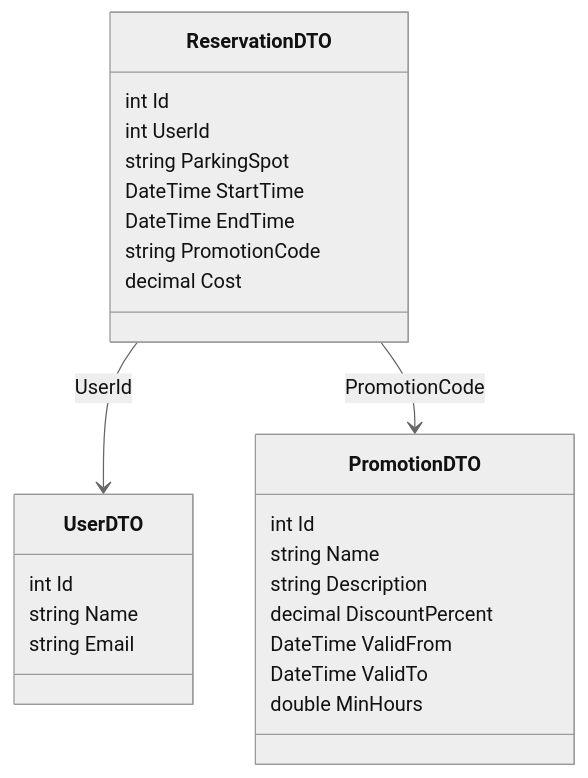
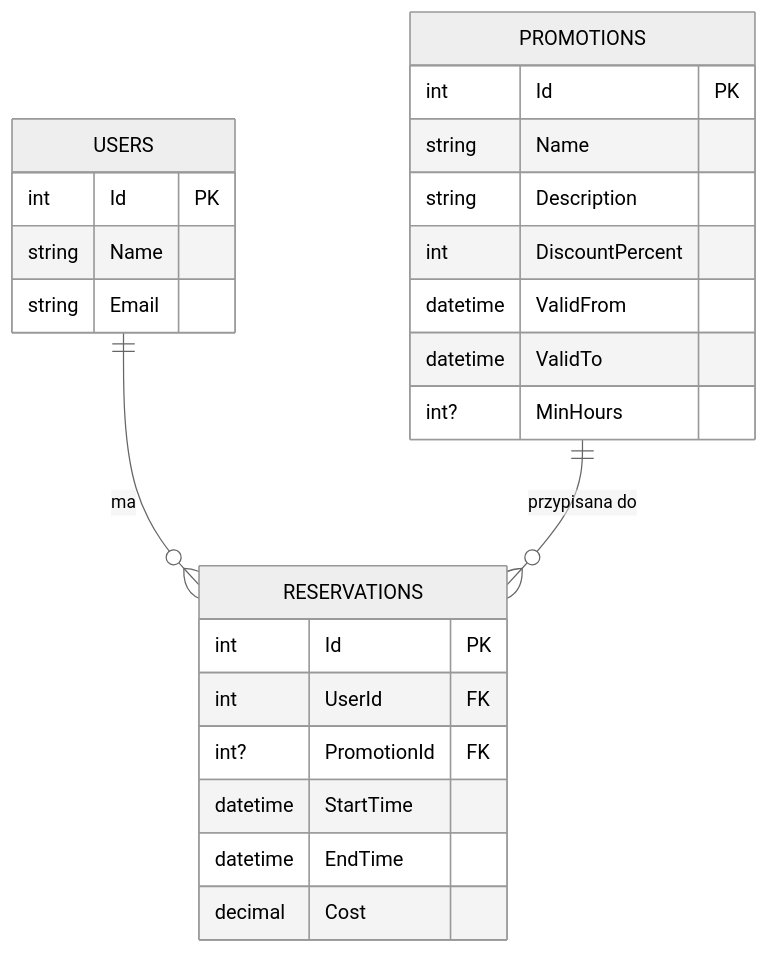
Before and after one commit to Krzysztof-Jaminski/System-Parkingowy-MicroServicesv2: the first of 3 diagrams in README.md, drawn with Mermaid (neutral theme). The commit also changed other lines of this file, not shown here.

````diff
--- a/README.md
+++ b/README.md
@@ -80,28 +48,27 @@
 ```mermaid
-classDiagram
-  class UserDTO {
-    int Id
+erDiagram
+  USERS {
+    int Id PK
     string Name
     string Email
   }
-  class PromotionDTO {
-    int Id
+  PROMOTIONS {
+    int Id PK
     string Name
     string Description
-    decimal DiscountPercent
-    DateTime ValidFrom
-    DateTime ValidTo
-    double MinHours
+    int DiscountPercent
+    datetime ValidFrom
+    datetime ValidTo
+    int? MinHours
   }
-  class ReservationDTO {
-    int Id
-    int UserId
-    string ParkingSpot
-    DateTime StartTime
-    DateTime EndTime
-    string PromotionCode
+  RESERVATIONS {
+    int Id PK
+    int UserId FK
+    int? PromotionId FK
+    datetime StartTime
+    datetime EndTime
     decimal Cost
   }
-  ReservationDTO --> UserDTO : UserId
-  ReservationDTO --> PromotionDTO : PromotionCode
+  USERS ||--o{ RESERVATIONS : "ma"
+  PROMOTIONS ||--o{ RESERVATIONS : "przypisana do"
 ```
````
